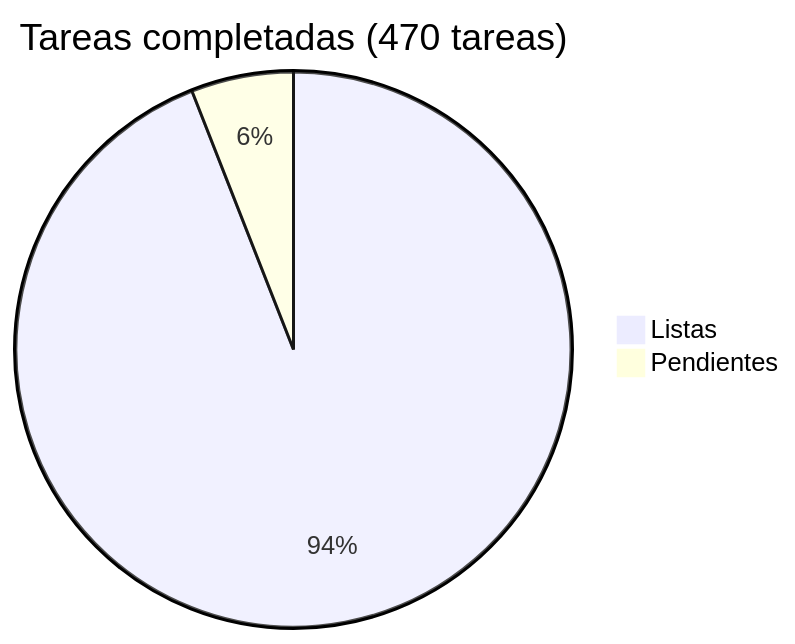
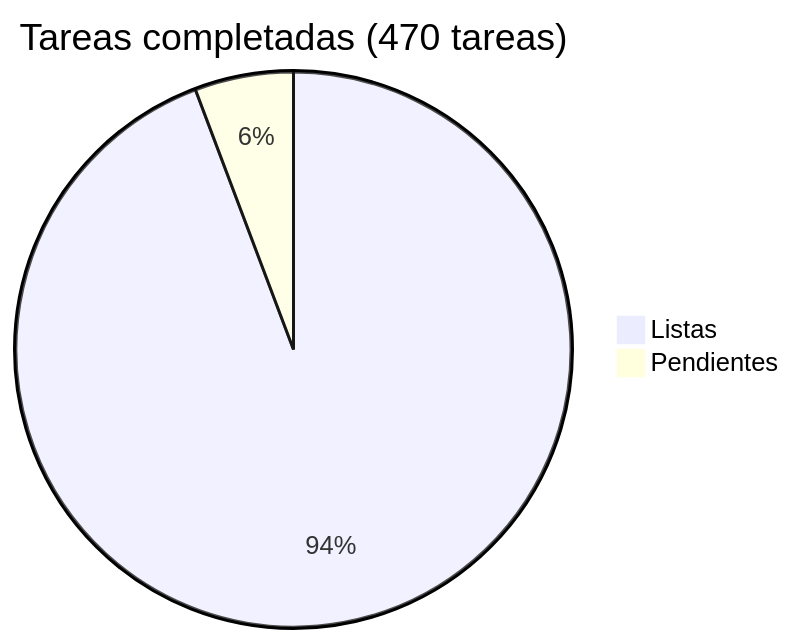
The diagram in docs/roadmap/README.md (araguaney-lat/araguaney), drawn with Mermaid before and after one commit. The commit also changed other lines of this file and 10 other files, not shown here.

````diff
--- a/docs/roadmap/README.md
+++ b/docs/roadmap/README.md
@@ -5,5 +5,5 @@
 ```mermaid
 pie title Tareas completadas (470 tareas)
-    "Listas" : 442
-    "Pendientes" : 28
+    "Listas" : 443
+    "Pendientes" : 27
 ```
````
